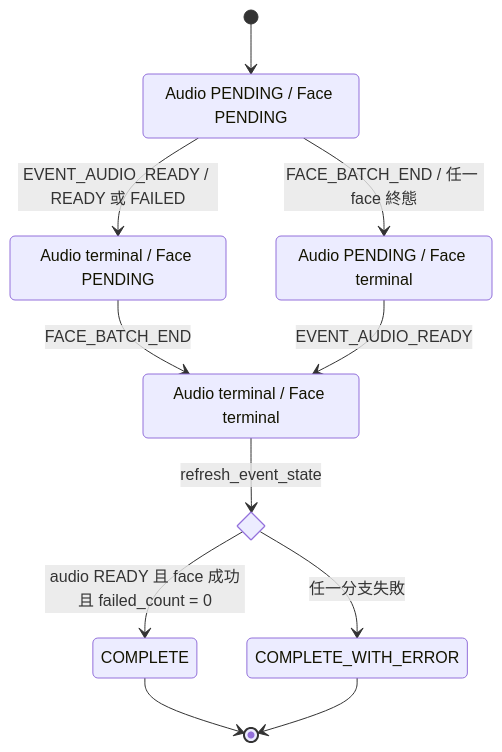
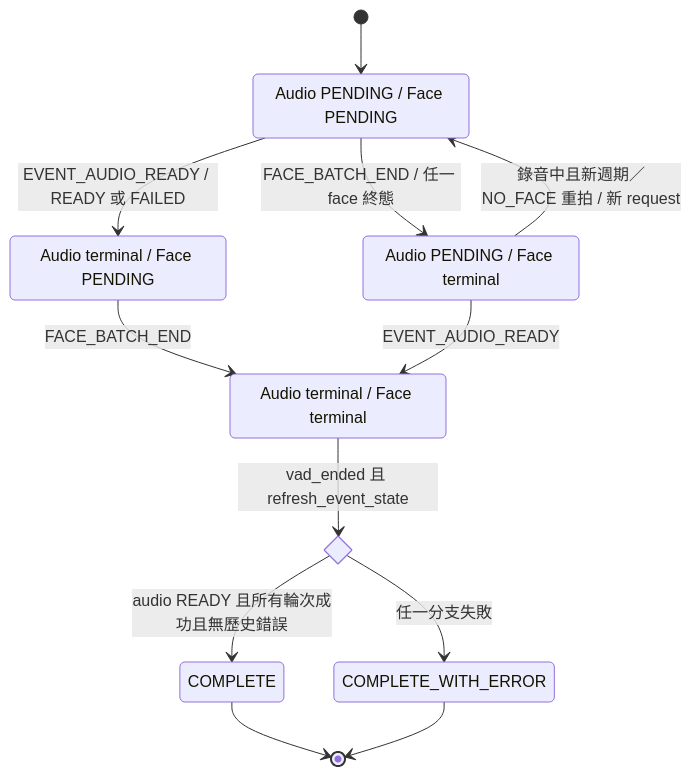
Before and after one commit to CrocoFishing/DetectPipeDemo: the second of 7 diagrams in docs/EVENT_STATE_DIAGRAM.md, drawn with Mermaid. The commit also changed other lines of this file and 60 other files, not shown here.

````diff
--- a/docs/EVENT_STATE_DIAGRAM.md
+++ b/docs/EVENT_STATE_DIAGRAM.md
@@ -64,20 +68,21 @@
 ```mermaid
 stateDiagram-v2
     direction TB
     [*] --> BothPending
     state "Audio PENDING / Face PENDING" as BothPending
     state "Audio terminal / Face PENDING" as AudioFirst
     state "Audio PENDING / Face terminal" as FaceFirst
     state "Audio terminal / Face terminal" as BothTerminal
     state Outcome <<choice>>
 
     BothPending --> AudioFirst: EVENT_AUDIO_READY / READY 或 FAILED
     BothPending --> FaceFirst: FACE_BATCH_END / 任一 face 終態
     AudioFirst --> BothTerminal: FACE_BATCH_END
+    FaceFirst --> BothPending: 錄音中且新週期／NO_FACE 重拍 / 新 request
     FaceFirst --> BothTerminal: EVENT_AUDIO_READY
-    BothTerminal --> Outcome: refresh_event_state
-    Outcome --> COMPLETE: audio READY 且 face 成功且 failed_count = 0
+    BothTerminal --> Outcome: vad_ended 且 refresh_event_state
+    Outcome --> COMPLETE: audio READY 且所有輪次成功且無歷史錯誤
     Outcome --> COMPLETE_WITH_ERROR: 任一分支失敗
     COMPLETE --> [*]
     COMPLETE_WITH_ERROR --> [*]
 ```
````
